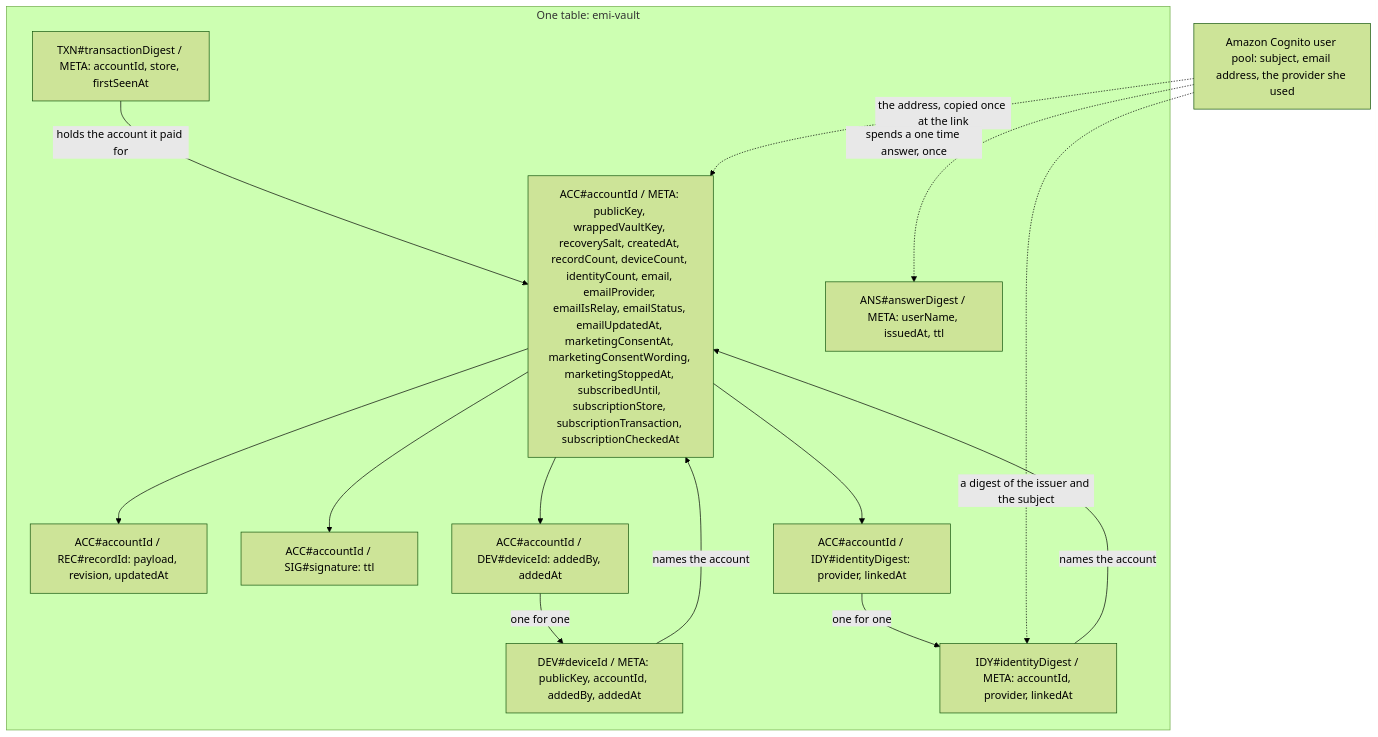
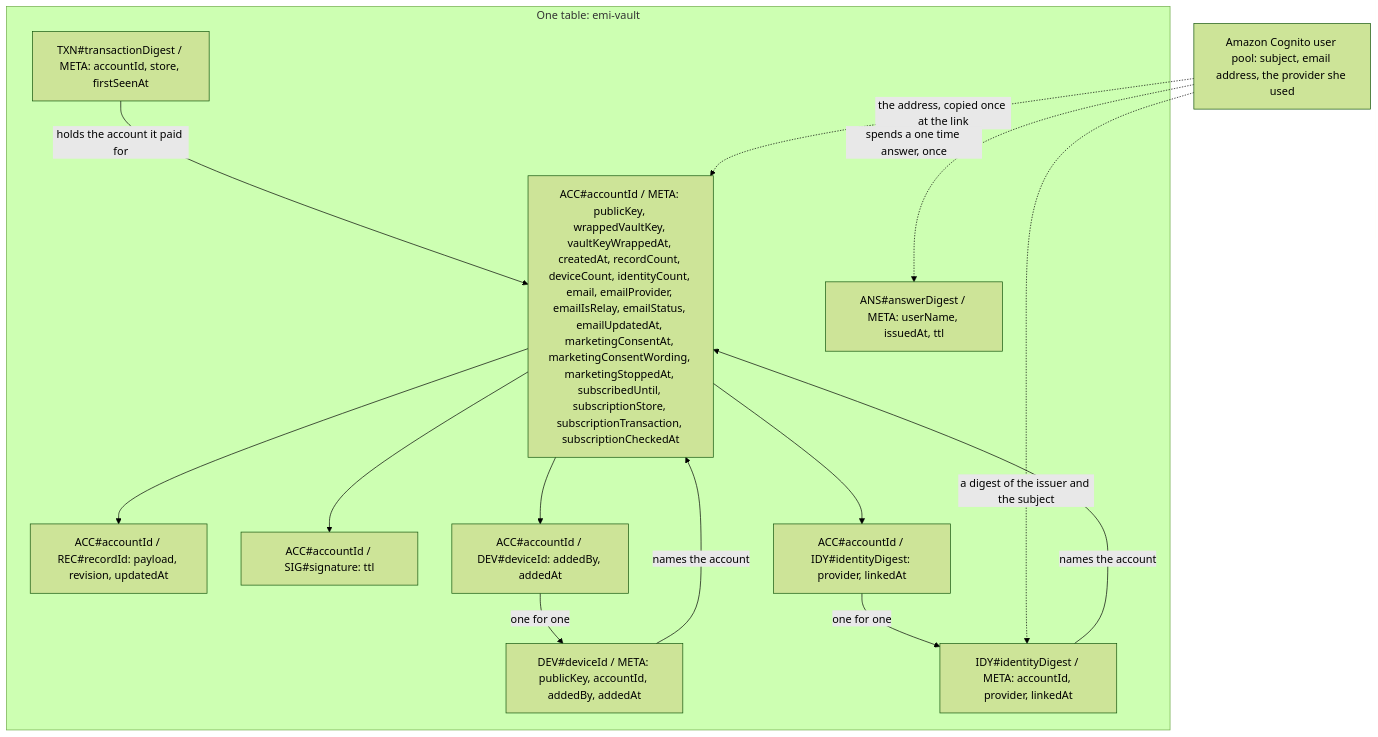
Before and after one commit to atlantic-blue/emi: the first of 4 diagrams in docs/design/data-model.md, drawn with Mermaid (forest theme). The commit also changed other lines of this file and 13 other files, not shown here.

````diff
--- a/docs/design/data-model.md
+++ b/docs/design/data-model.md
@@ -29,27 +30,27 @@
 ```mermaid
 flowchart TD
   subgraph Table["One table: emi-vault"]
-    ACC["ACC#accountId / META: publicKey, wrappedVaultKey, recoverySalt, createdAt, recordCount, deviceCount, identityCount, email, emailProvider, emailIsRelay, emailStatus, emailUpdatedAt, marketingConsentAt, marketingConsentWording, marketingStoppedAt, subscribedUntil, subscriptionStore, subscriptionTransaction, subscriptionCheckedAt"]
+    ACC["ACC#accountId / META: publicKey, wrappedVaultKey, vaultKeyWrappedAt, createdAt, recordCount, deviceCount, identityCount, email, emailProvider, emailIsRelay, emailStatus, emailUpdatedAt, marketingConsentAt, marketingConsentWording, marketingStoppedAt, subscribedUntil, subscriptionStore, subscriptionTransaction, subscriptionCheckedAt"]
     REC["ACC#accountId / REC#recordId: payload, revision, updatedAt"]
     SIG["ACC#accountId / SIG#signature: ttl"]
     ADEV["ACC#accountId / DEV#deviceId: addedBy, addedAt"]
     AIDY["ACC#accountId / IDY#identityDigest: provider, linkedAt"]
     DEV["DEV#deviceId / META: publicKey, accountId, addedBy, addedAt"]
     IDY["IDY#identityDigest / META: accountId, provider, linkedAt"]
     TXN["TXN#transactionDigest / META: accountId, store, firstSeenAt"]
     ANS["ANS#answerDigest / META: userName, issuedAt, ttl"]
   end
   POOL["Amazon Cognito user pool: subject, email address, the provider she used"]
   ACC --> REC
   ACC --> SIG
   ACC --> ADEV
   ACC --> AIDY
   DEV -->|"names the account"| ACC
   IDY -->|"names the account"| ACC
   TXN -->|"holds the account it paid for"| ACC
   ADEV -->|"one for one"| DEV
   AIDY -->|"one for one"| IDY
   POOL -.->|"a digest of the issuer and the subject"| IDY
   POOL -.->|"the address, copied once at the link"| ACC
   POOL -.->|"spends a one time answer, once"| ANS
 ```
````
